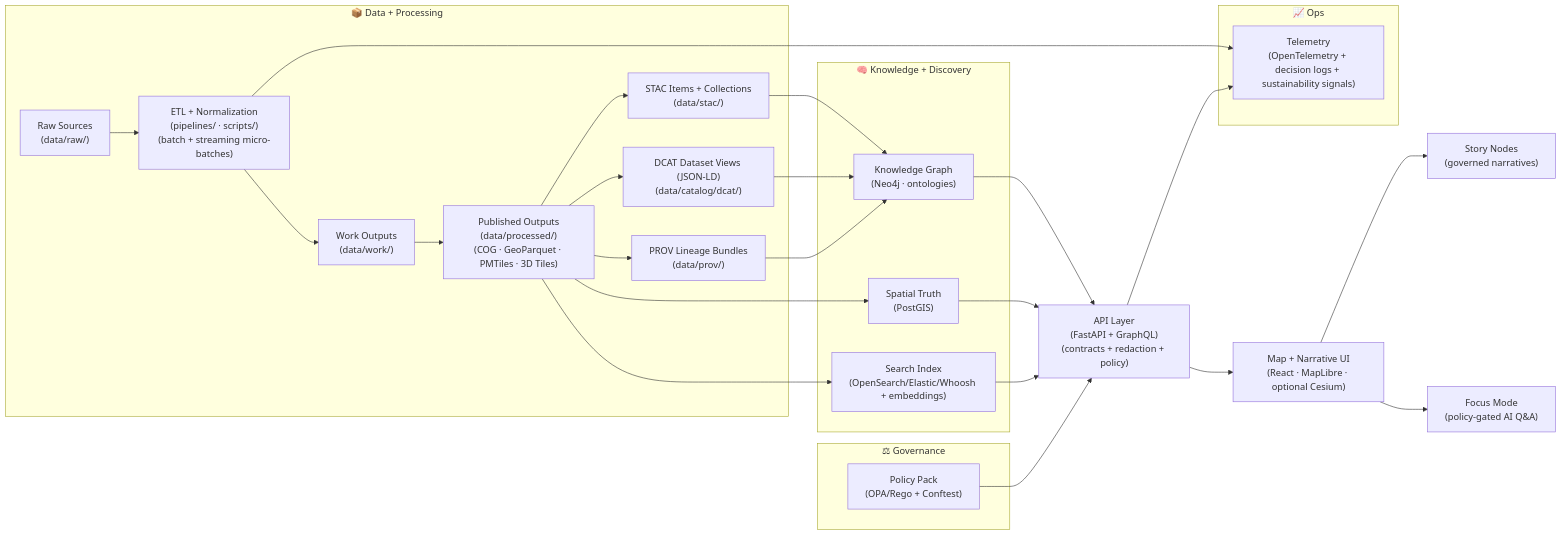
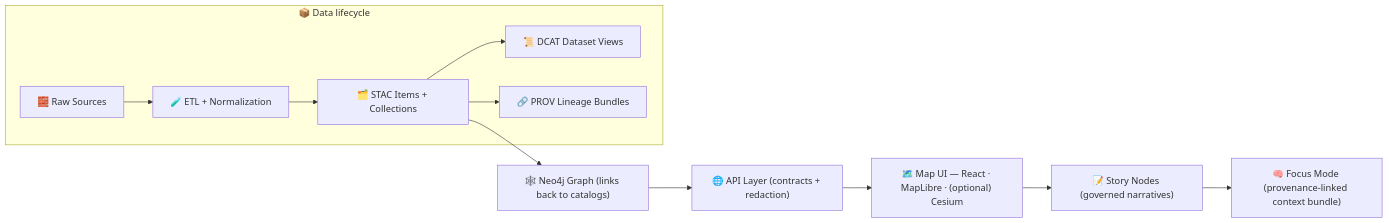
Before and after one commit to bartytime4life/Kansas-Frontier-Matrix: the diagram in README.md, drawn with Mermaid. The commit also changed other lines of this file, not shown here.

````diff
--- a/README.md
+++ b/README.md
@@ -170,38 +60,15 @@
 ```mermaid
 flowchart LR
-  subgraph Data["📦 Data + Processing"]
-    A["Raw Sources<br/>(data/raw/)"] --> B["ETL + Normalization<br/>(pipelines/ · scripts/)<br/>(batch + streaming micro-batches)"]
-    B --> W["Work Outputs<br/>(data/work/)"]
-    W --> P["Published Outputs<br/>(data/processed/)<br/>(COG · GeoParquet · PMTiles · 3D Tiles)"]
-    P --> C["STAC Items + Collections<br/>(data/stac/)"]
-    P --> D["DCAT Dataset Views (JSON-LD)<br/>(data/catalog/dcat/)"]
-    P --> E["PROV Lineage Bundles<br/>(data/prov/)"]
+  subgraph Data["📦 Data lifecycle"]
+    A["🧱 Raw Sources"] --> B["🧪 ETL + Normalization"]
+    B --> C["🗂️ STAC Items + Collections"]
+    C --> D["📜 DCAT Dataset Views"]
+    C --> E["🔗 PROV Lineage Bundles"]
   end
 
-  subgraph Knowledge["🧠 Knowledge + Discovery"]
-    C --> G["Knowledge Graph<br/>(Neo4j · ontologies)"]
-    D --> G
-    E --> G
-    P --> R["Spatial Truth<br/>(PostGIS)"]
-    P --> S["Search Index<br/>(OpenSearch/Elastic/Whoosh + embeddings)"]
-  end
-
-  subgraph Governance["⚖ Governance"]
-    X["Policy Pack<br/>(OPA/Rego + Conftest)"]
-  end
-
-  G --> H["API Layer<br/>(FastAPI + GraphQL)<br/>(contracts + redaction + policy)"]
-  R --> H
-  S --> H
-  X --> H
-
-  H --> I["Map + Narrative UI<br/>(React · MapLibre · optional Cesium)"]
-  I --> J["Story Nodes<br/>(governed narratives)"]
-  I --> K["Focus Mode<br/>(policy-gated AI Q&A)"]
-
-  subgraph Ops["📈 Ops"]
-    T["Telemetry<br/>(OpenTelemetry + decision logs + sustainability signals)"]
-  end
-  B --> T
-  H --> T
+  C --> G["🕸️ Neo4j Graph (links back to catalogs)"]
+  G --> H["🌐 API Layer (contracts + redaction)"]
+  H --> I["🗺️ Map UI — React · MapLibre · (optional) Cesium"]
+  I --> J["📝 Story Nodes (governed narratives)"]
+  J --> K["🧠 Focus Mode (provenance-linked context bundle)"]
 ```
````
